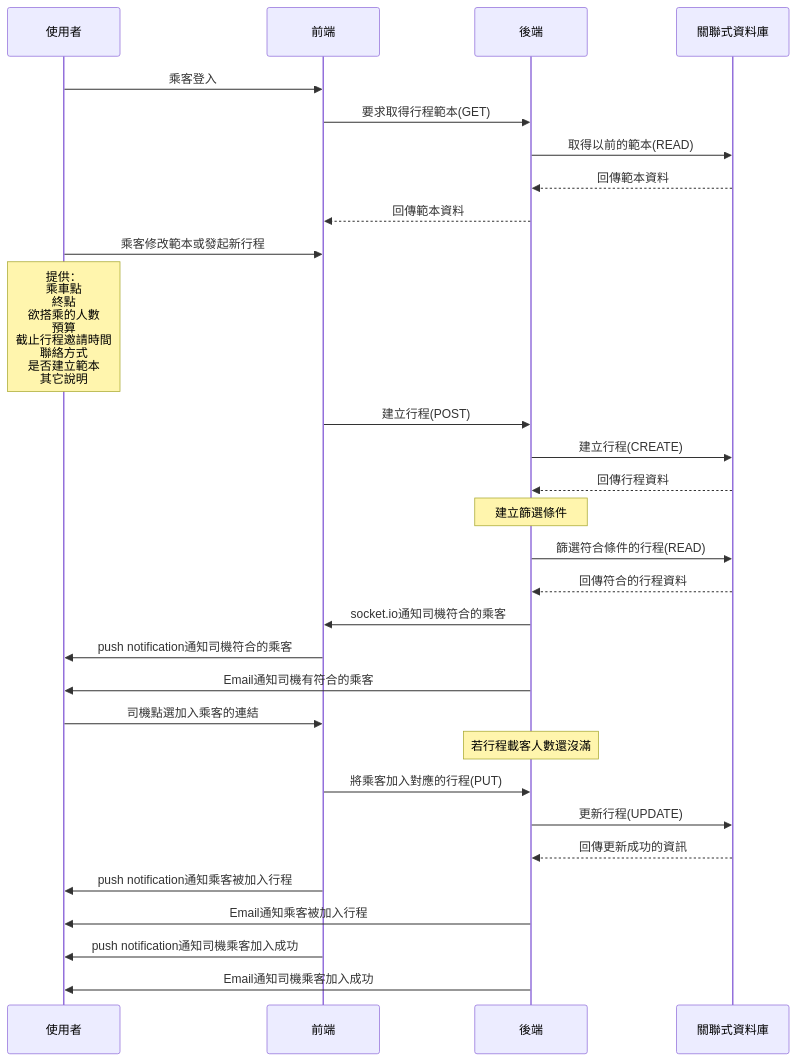
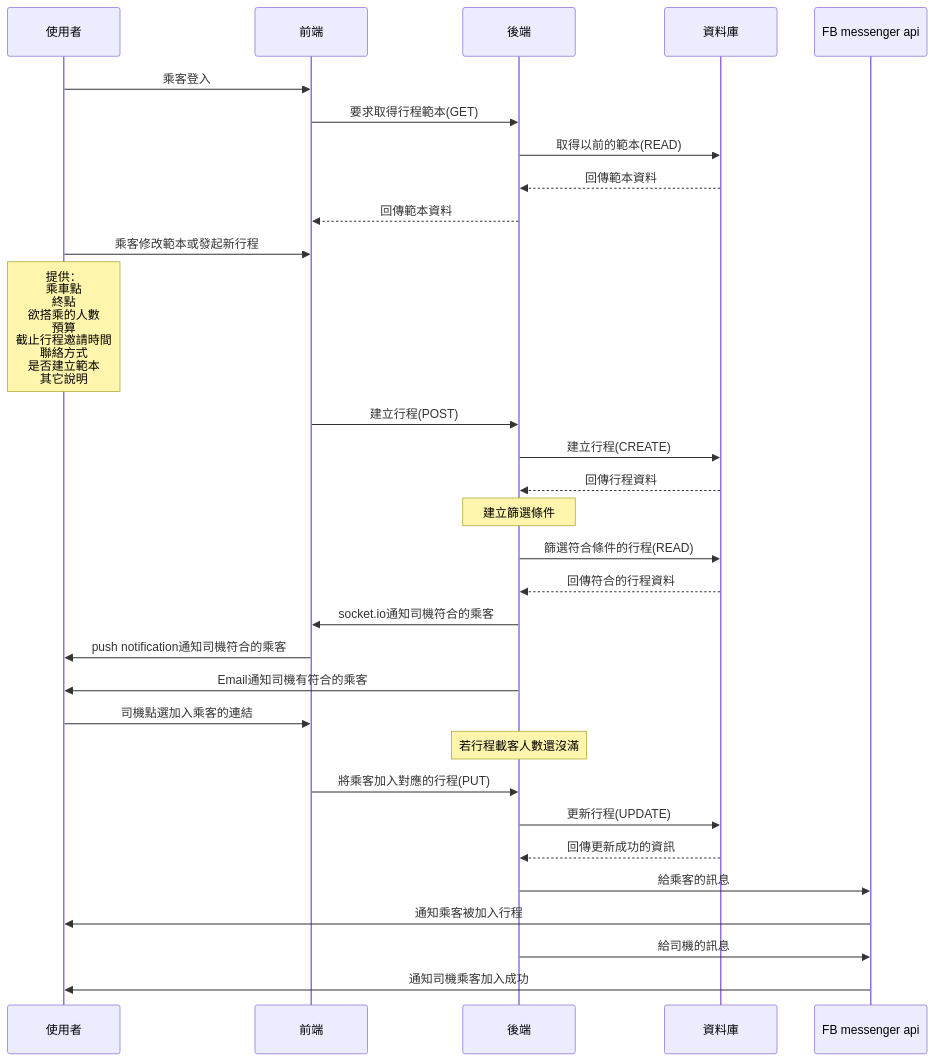
One commit to CarCoop/car-coop changed the third of 3 diagrams in README.md. Above: the diagram before and after it, drawn with Mermaid. The commit also changed other lines of this file, not shown here.

Commit message:
根據20030423開會結果修改流程圖，加上facebook通知和JWT

````diff
--- a/README.md
+++ b/README.md
@@ -83,32 +72,33 @@
 ```mermaid
 sequenceDiagram
     participant 使用者
     participant 前端
     participant 後端
-    participant 關聯式資料庫
+    participant 資料庫
+    participant FB messenger api
     使用者->>前端:乘客登入
     前端->>後端:要求取得行程範本(GET)
-    後端->>關聯式資料庫:取得以前的範本(READ)
-    關聯式資料庫-->>後端:回傳範本資料
+    後端->>資料庫:取得以前的範本(READ)
+    資料庫-->>後端:回傳範本資料
     後端-->>前端:回傳範本資料
     使用者->>前端:乘客修改範本或發起新行程
     Note over 使用者:提供：<br>乘車點<br>終點<br>欲搭乘的人數<br>預算<br>截止行程邀請時間<br>聯絡方式<br>是否建立範本<br>其它說明
     前端->>後端:建立行程(POST)
-    後端->>關聯式資料庫:建立行程(CREATE)
-    關聯式資料庫-->>後端:回傳行程資料
+    後端->>資料庫:建立行程(CREATE)
+    資料庫-->>後端:回傳行程資料
     Note over 後端:建立篩選條件
-    後端->>關聯式資料庫:篩選符合條件的行程(READ)
-    關聯式資料庫-->>後端:回傳符合的行程資料
+    後端->>資料庫:篩選符合條件的行程(READ)
+    資料庫-->>後端:回傳符合的行程資料
     後端->>前端:socket.io通知司機符合的乘客
     前端->>使用者:push notification通知司機符合的乘客
     後端->>使用者:Email通知司機有符合的乘客
     使用者->>前端:司機點選加入乘客的連結
     Note over 後端:若行程載客人數還沒滿
     前端->>後端:將乘客加入對應的行程(PUT)
-    後端->>關聯式資料庫:更新行程(UPDATE)
-    關聯式資料庫-->>後端:回傳更新成功的資訊
-    前端->>使用者:push notification通知乘客被加入行程
-    後端->>使用者:Email通知乘客被加入行程
-    前端->>使用者:push notification通知司機乘客加入成功
-    後端->>使用者:Email通知司機乘客加入成功
+    後端->>資料庫:更新行程(UPDATE)
+    資料庫-->>後端:回傳更新成功的資訊
+    後端->>FB messenger api:給乘客的訊息
+    FB messenger api->>使用者:通知乘客被加入行程
+    後端->>FB messenger api:給司機的訊息
+    FB messenger api->>使用者:通知司機乘客加入成功
 ```
````
